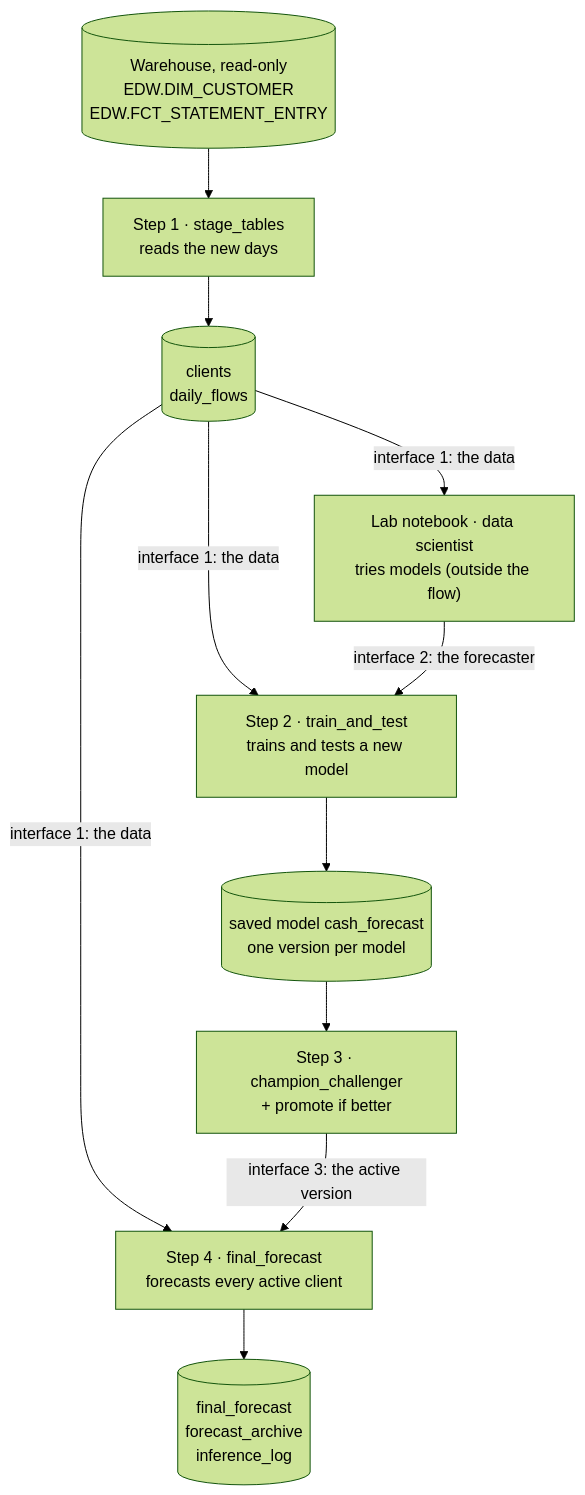
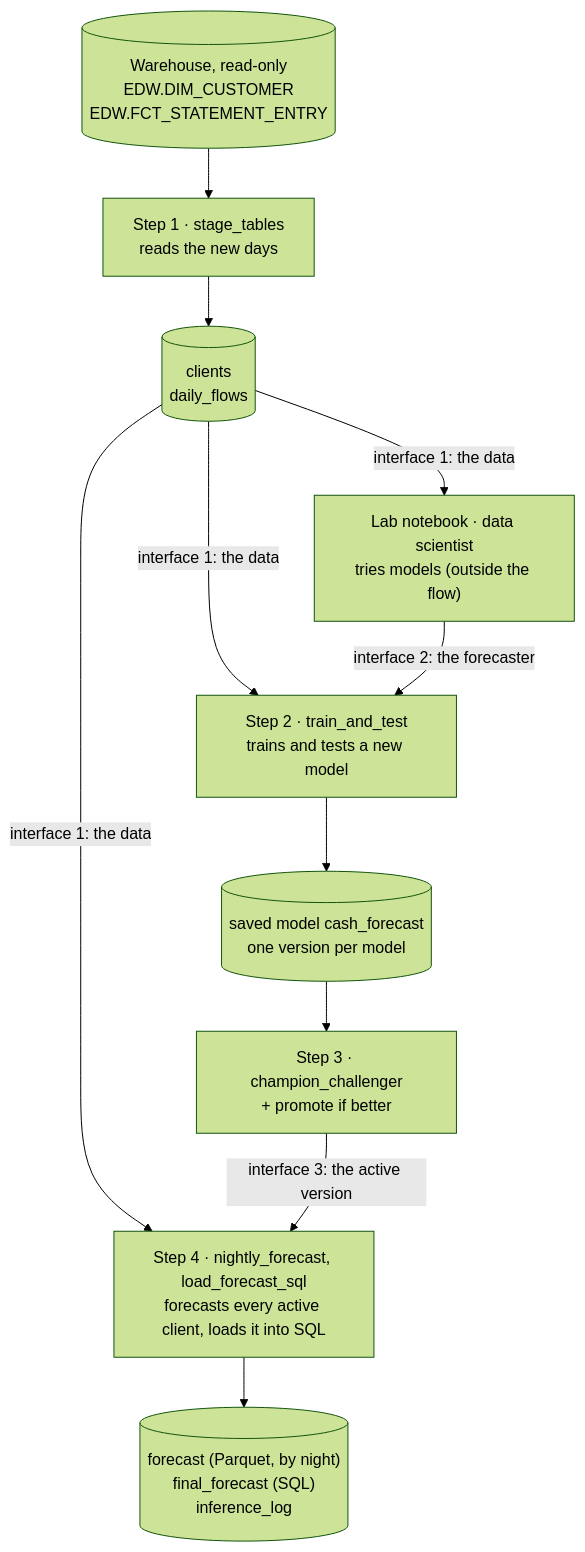
Before and after one commit to CharbelDaher34/ideal-guacamole: the diagram in docs/how_it_works.md, drawn with Mermaid (forest theme). The commit also changed other lines of this file and 46 other files, not shown here.

First line of the commit message:
Polars inference on parallel workers, SQL output, load test as its own project

````diff
--- a/docs/how_it_works.md
+++ b/docs/how_it_works.md
@@ -20,21 +20,21 @@
 ```mermaid
 flowchart TB
   W[("Warehouse, read-only<br/>EDW.DIM_CUSTOMER<br/>EDW.FCT_STATEMENT_ENTRY")]
   S["Step 1 · stage_tables<br/>reads the new days"]
   D[("clients<br/>daily_flows")]
   T["Step 2 · train_and_test<br/>trains and tests a new model"]
   V[("saved model cash_forecast<br/>one version per model")]
   C["Step 3 · champion_challenger<br/>+ promote if better"]
-  F["Step 4 · final_forecast<br/>forecasts every active client"]
-  O[("final_forecast<br/>forecast_archive<br/>inference_log")]
+  F["Step 4 · nightly_forecast, load_forecast_sql<br/>forecasts every active client, loads it into SQL"]
+  O[("forecast (Parquet, by night)<br/>final_forecast (SQL)<br/>inference_log")]
   L["Lab notebook · data scientist<br/>tries models (outside the flow)"]
 
   W --> S --> D
   D -- "interface 1: the data" --> T
   D -- "interface 1: the data" --> F
   D -- "interface 1: the data" --> L
   L -- "interface 2: the forecaster" --> T
   T --> V --> C
   C -- "interface 3: the active version" --> F
   F --> O
 ```
````
